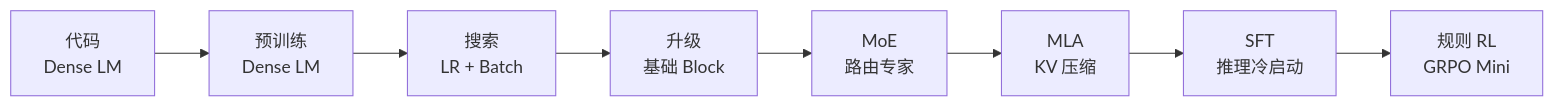
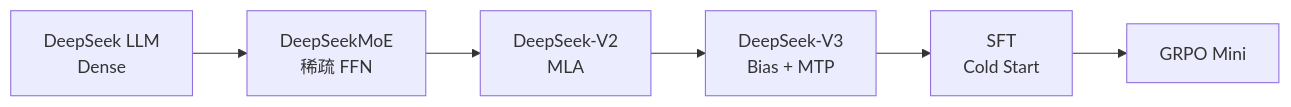
The diagram in docs/zh/README.md (legend91019/TinySeek-Lab), drawn with Mermaid before and after one commit. The commit also changed other lines of this file and 35 other files, not shown here.

````diff
--- a/docs/zh/README.md
+++ b/docs/zh/README.md
@@ -43,10 +48,8 @@
 ```mermaid
 flowchart LR
-  C["代码<br/>Dense LM"] --> P["预训练<br/>Dense LM"]
-  P --> S["搜索<br/>LR + Batch"]
-  S --> U["升级<br/>基础 Block"]
-  U --> M["MoE<br/>路由专家"]
-  M --> A["MLA<br/>KV 压缩"]
-  A --> F["SFT<br/>推理冷启动"]
-  F --> R["规则 RL<br/>GRPO Mini"]
+  D["DeepSeek LLM<br/>Dense"] --> M["DeepSeekMoE<br/>稀疏 FFN"]
+  M --> V2["DeepSeek-V2<br/>MLA"]
+  V2 --> V3["DeepSeek-V3<br/>Bias + MTP"]
+  V3 --> S["SFT<br/>Cold Start"]
+  S --> R["GRPO Mini"]
 ```
````
